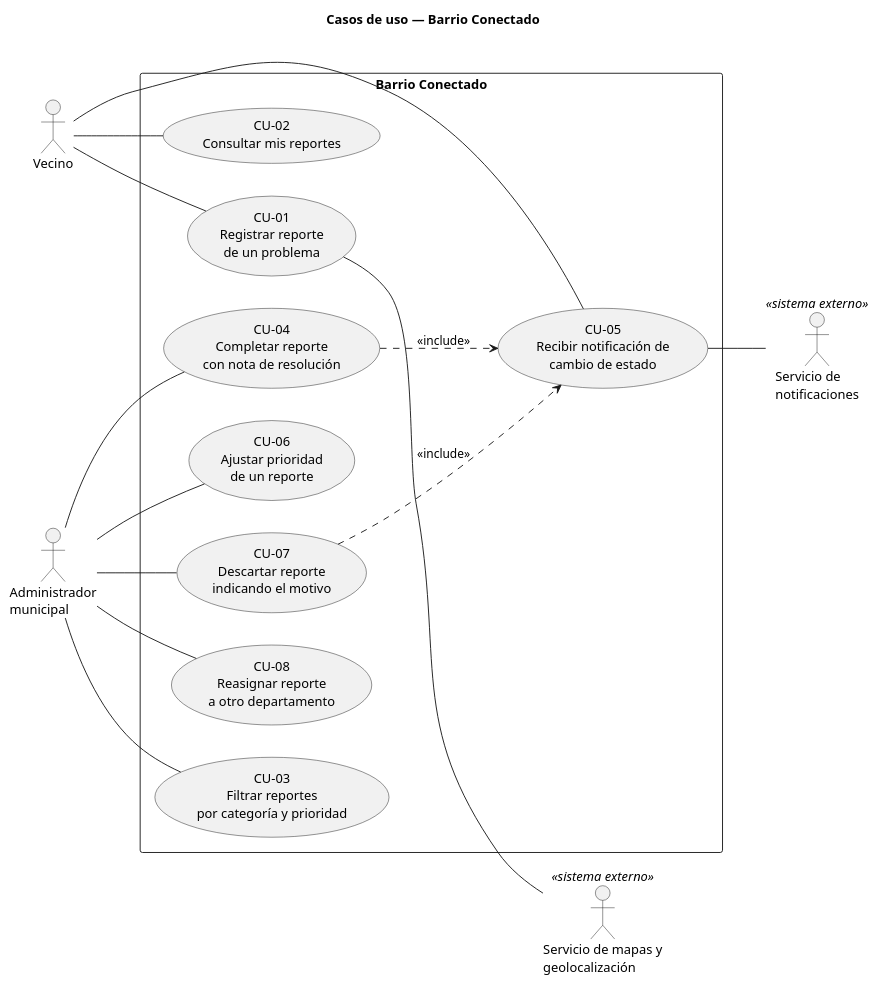
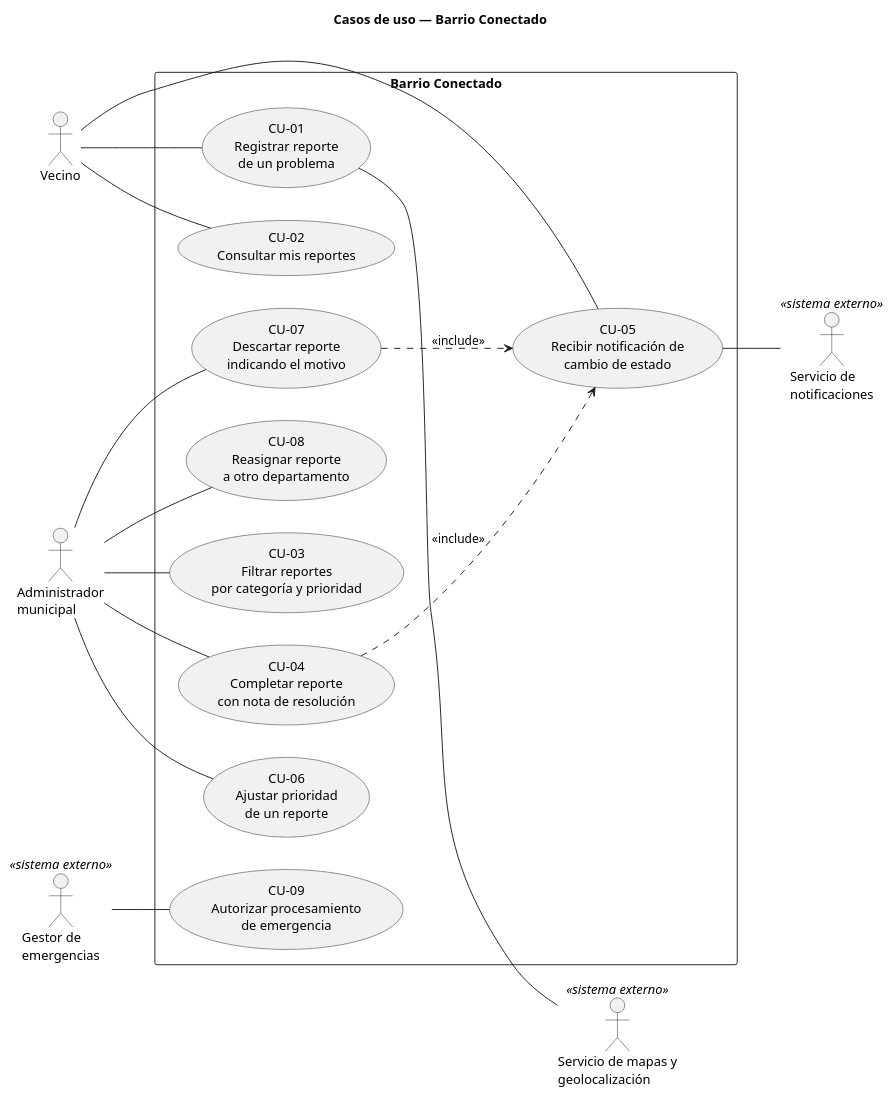
The diagram in diagramas/casos-de-uso.puml (bruhmzk/Barrio-Conectado), drawn with PlantUML before and after one commit.

```diff
--- a/diagramas/casos-de-uso.puml
+++ b/diagramas/casos-de-uso.puml
@@ -1,37 +1,40 @@
 @startuml casos-de-uso
 title Casos de uso — Barrio Conectado
 left to right direction
 skinparam shadowing false
 skinparam packageStyle rectangle
 
 actor Vecino
 actor Admin as "Administrador\nmunicipal"
 actor Mapas as "Servicio de mapas y\ngeolocalización" <<sistema externo>>
 actor Notif as "Servicio de\nnotificaciones" <<sistema externo>>
+actor Emer as "Gestor de\nemergencias" <<sistema externo>>
 
 rectangle "Barrio Conectado" {
   usecase CU01 as "CU-01\nRegistrar reporte\nde un problema"
   usecase CU02 as "CU-02\nConsultar mis reportes"
   usecase CU03 as "CU-03\nFiltrar reportes\npor categoría y prioridad"
   usecase CU04 as "CU-04\nCompletar reporte\ncon nota de resolución"
   usecase CU05 as "CU-05\nRecibir notificación de\ncambio de estado"
   usecase CU06 as "CU-06\nAjustar prioridad\nde un reporte"
   usecase CU07 as "CU-07\nDescartar reporte\nindicando el motivo"
   usecase CU08 as "CU-08\nReasignar reporte\na otro departamento"
+  usecase CU09 as "CU-09\nAutorizar procesamiento\nde emergencia"
 }
 
 Vecino -- CU01
 Vecino -- CU02
 Vecino -- CU05
 Admin -- CU03
 Admin -- CU04
 Admin -- CU06
 Admin -- CU07
 Admin -- CU08
+Emer -- CU09
 
 CU01 -- Mapas
 CU05 -- Notif
 
 CU04 ..> CU05 : <<include>>
 CU07 ..> CU05 : <<include>>
 @enduml
```
